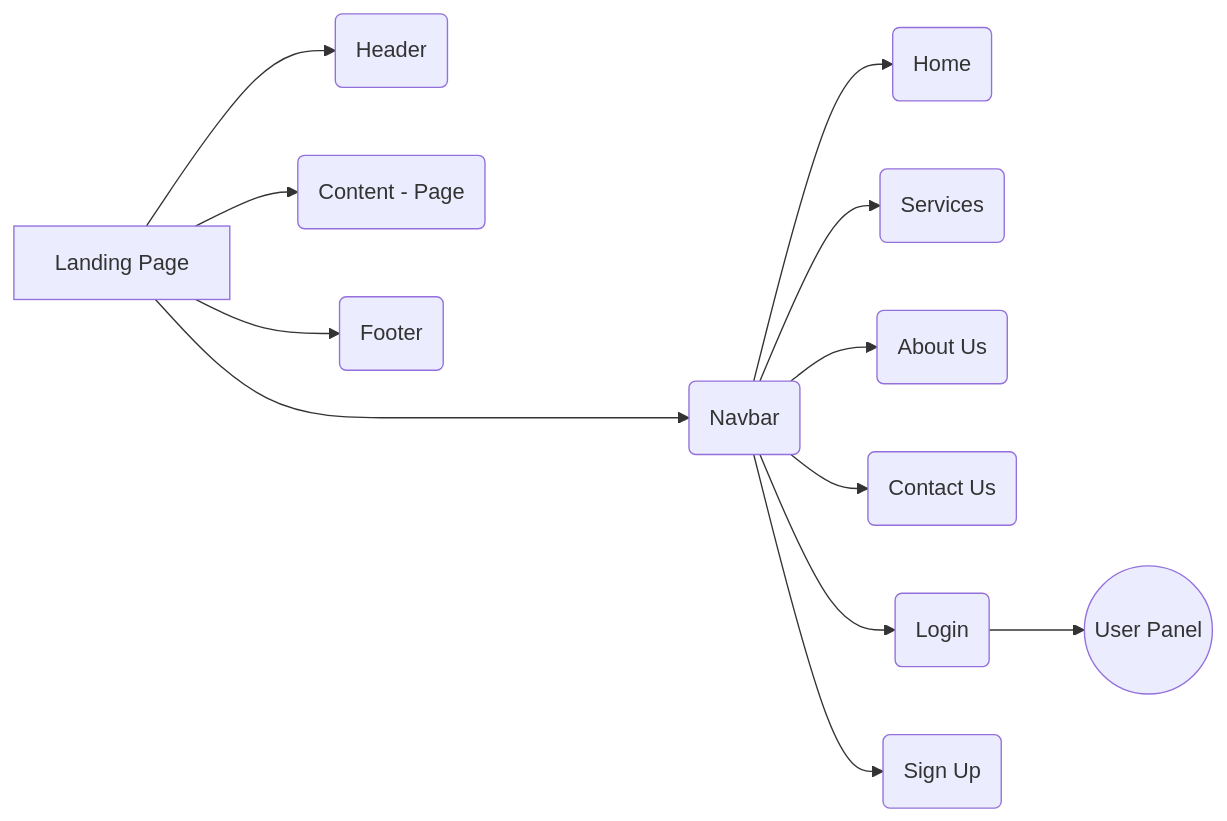
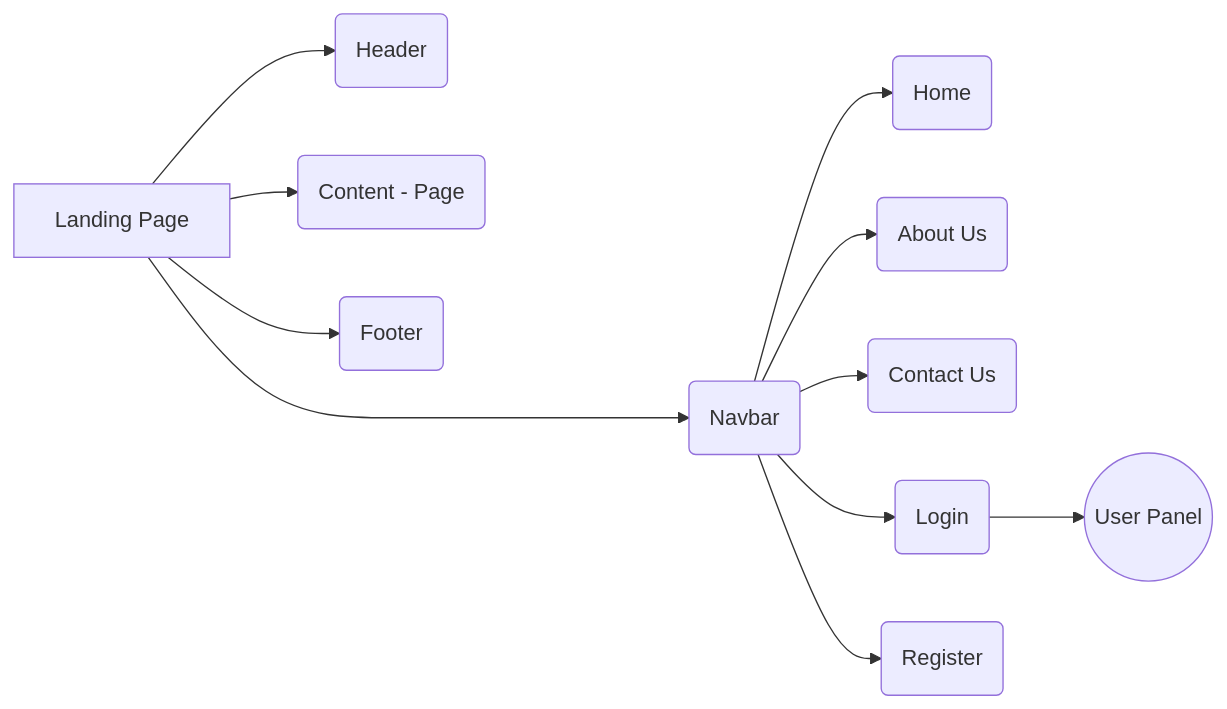
The first of 2 diagrams in README.md (SyncFool/farmer-solutions), drawn with Mermaid before and after one commit. The commit also changed other lines of this file, not shown here.

Commit message:
Update README.md
Services Page has been removed

````diff
--- a/README.md
+++ b/README.md
@@ -84,40 +84,38 @@
 ```mermaid
 
   
 
 graph LR
 
   
 
 A[Landing Page]
 
   
 
 A --> HH(Header)
 
 A -----> B(Navbar)
 
 B --> C(Home)
 
-B --> D(Services)
-
 B --> E(About Us)
 
 B --> F(Contact Us)
 
 B --> G(Login )
 
-B --> H(Sign Up)
+B --> H(Register)
 
 A --> CC(Content - Page)
 
 A --> FF(Footer)
 
   
 
 G --> UP((User Panel))
 
   
   
 
 ```
````
